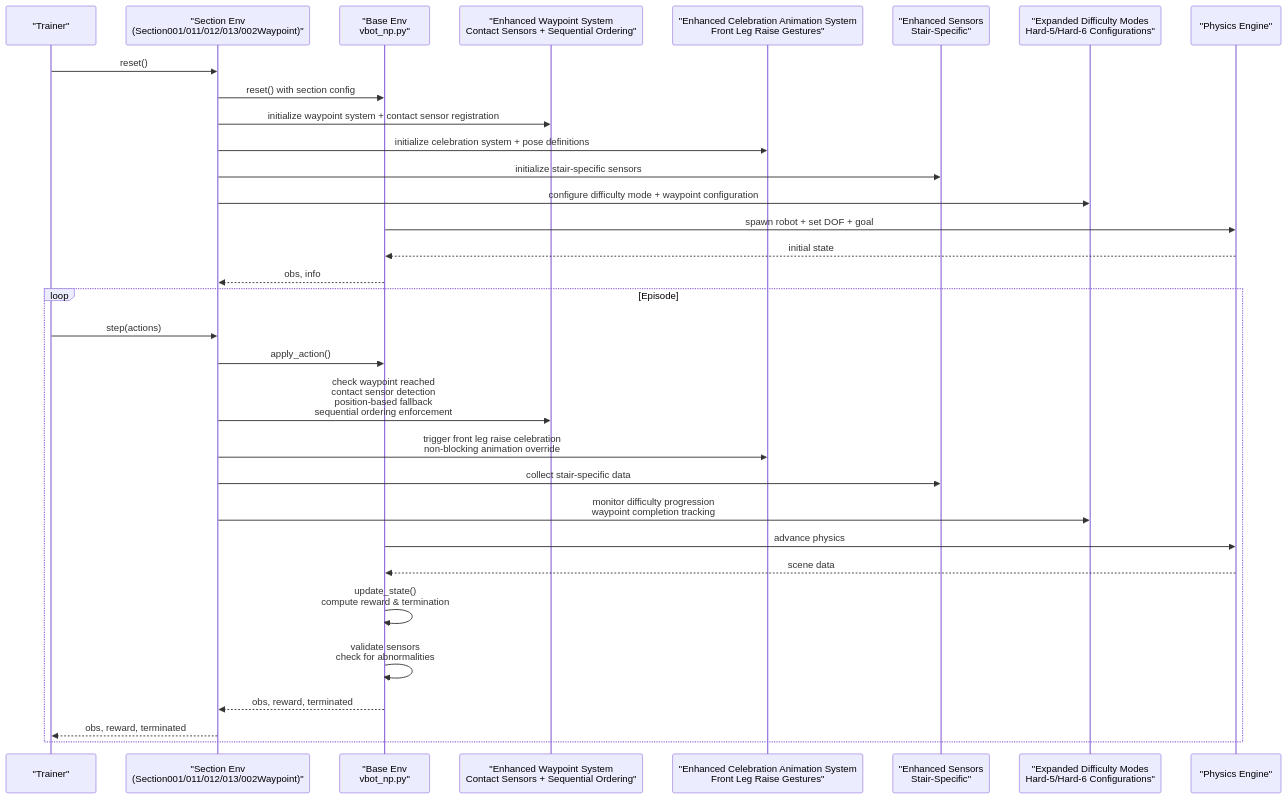
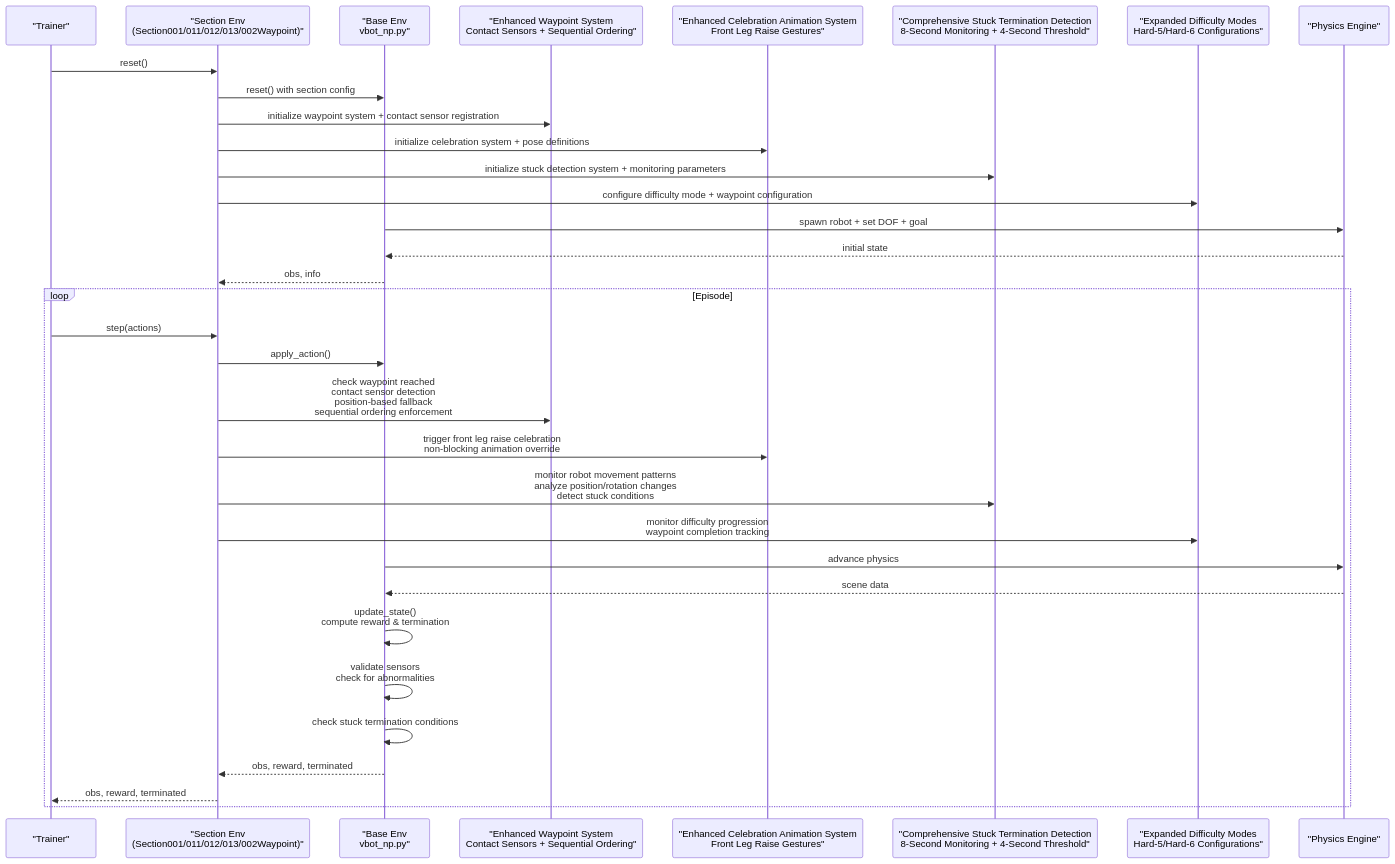
Before and after one commit to jayjayhust/MotrixLab: the second of 12 diagrams in .qoder/repowiki/en/content/Navigation Environments/VBot Navigation/Track Sections.md, drawn with Mermaid. The commit also changed other lines of this file and 8 other files, not shown here.

````diff
--- a/.qoder/repowiki/en/content/Navigation Environments/VBot Navigation/Track Sections.md
+++ b/.qoder/repowiki/en/content/Navigation Environments/VBot Navigation/Track Sections.md
@@ -211,34 +220,35 @@
 ```mermaid
 sequenceDiagram
 participant Trainer as "Trainer"
 participant Env as "Section Env<br/>(Section001/011/012/013/002Waypoint)"
 participant Base as "Base Env<br/>vbot_np.py"
 participant WaypointSys as "Enhanced Waypoint System<br/>Contact Sensors + Sequential Ordering"
 participant CelebrationSys as "Enhanced Celebration Animation System<br/>Front Leg Raise Gestures"
-participant Sensors as "Enhanced Sensors<br/>Stair-Specific"
+participant StuckDetection as "Comprehensive Stuck Termination Detection<br/>8-Second Monitoring + 4-Second Threshold"
 participant DifficultyMode as "Expanded Difficulty Modes<br/>Hard-5/Hard-6 Configurations"
 participant Sim as "Physics Engine"
 Trainer->>Env : reset()
 Env->>Base : reset() with section config
 Env->>WaypointSys : initialize waypoint system + contact sensor registration
 Env->>CelebrationSys : initialize celebration system + pose definitions
-Env->>Sensors : initialize stair-specific sensors
+Env->>StuckDetection : initialize stuck detection system + monitoring parameters
 Env->>DifficultyMode : configure difficulty mode + waypoint configuration
 Base->>Sim : spawn robot + set DOF + goal
 Sim-->>Base : initial state
 Base-->>Env : obs, info
 loop Episode
 Trainer->>Env : step(actions)
 Env->>Base : apply_action()
 Env->>WaypointSys : check waypoint reached<br/>contact sensor detection<br/>position-based fallback<br/>sequential ordering enforcement
 Env->>CelebrationSys : trigger front leg raise celebration<br/>non-blocking animation override
-Env->>Sensors : collect stair-specific data
+Env->>StuckDetection : monitor robot movement patterns<br/>analyze position/rotation changes<br/>detect stuck conditions
 Env->>DifficultyMode : monitor difficulty progression<br/>waypoint completion tracking
 Base->>Sim : advance physics
 Sim-->>Base : scene data
 Base->>Base : update_state()<br/>compute reward & termination
 Base->>Base : validate sensors<br/>check for abnormalities
+Base->>Base : check stuck termination conditions
 Base-->>Env : obs, reward, terminated
 Env-->>Trainer : obs, reward, terminated
 end
 ```
````
